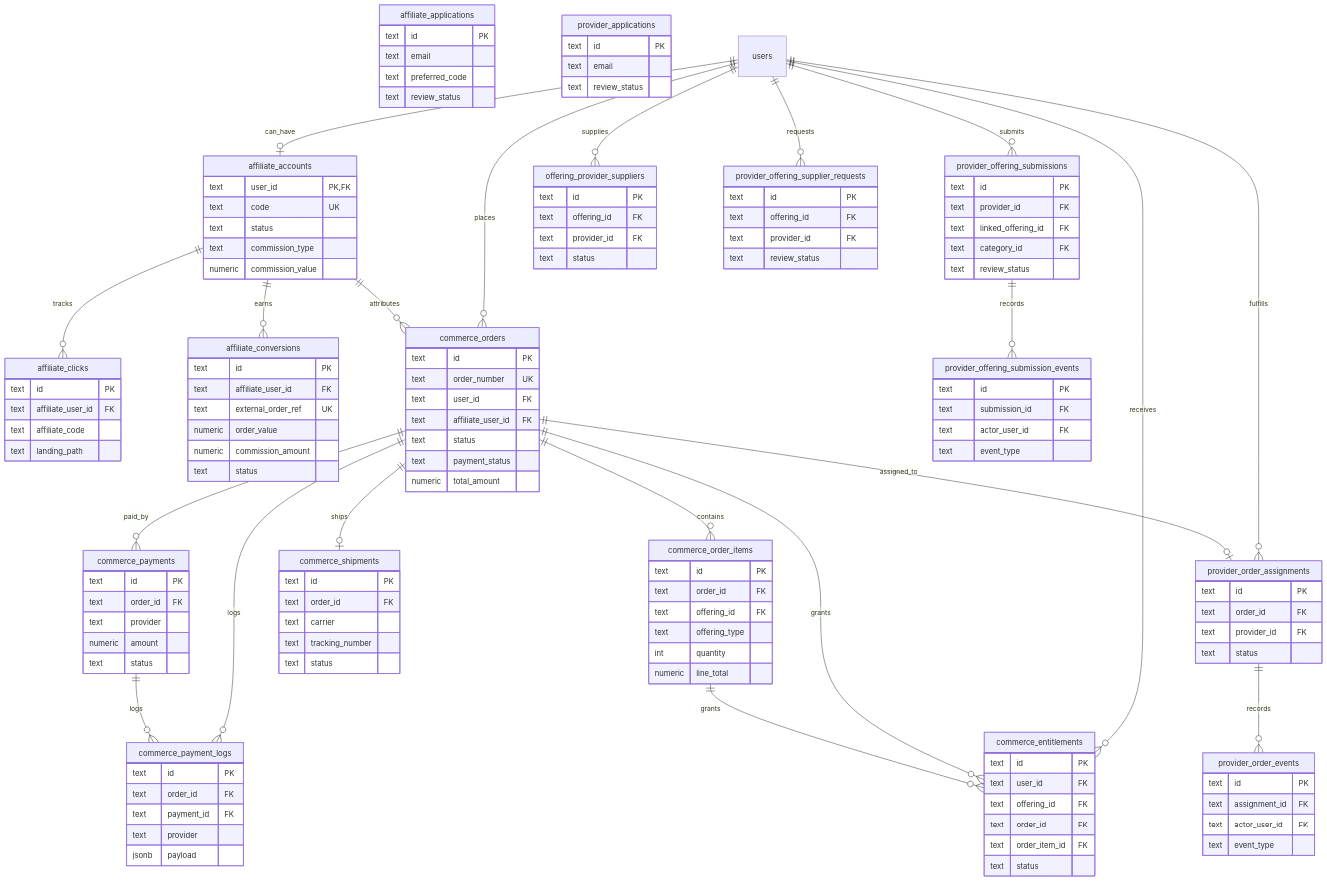
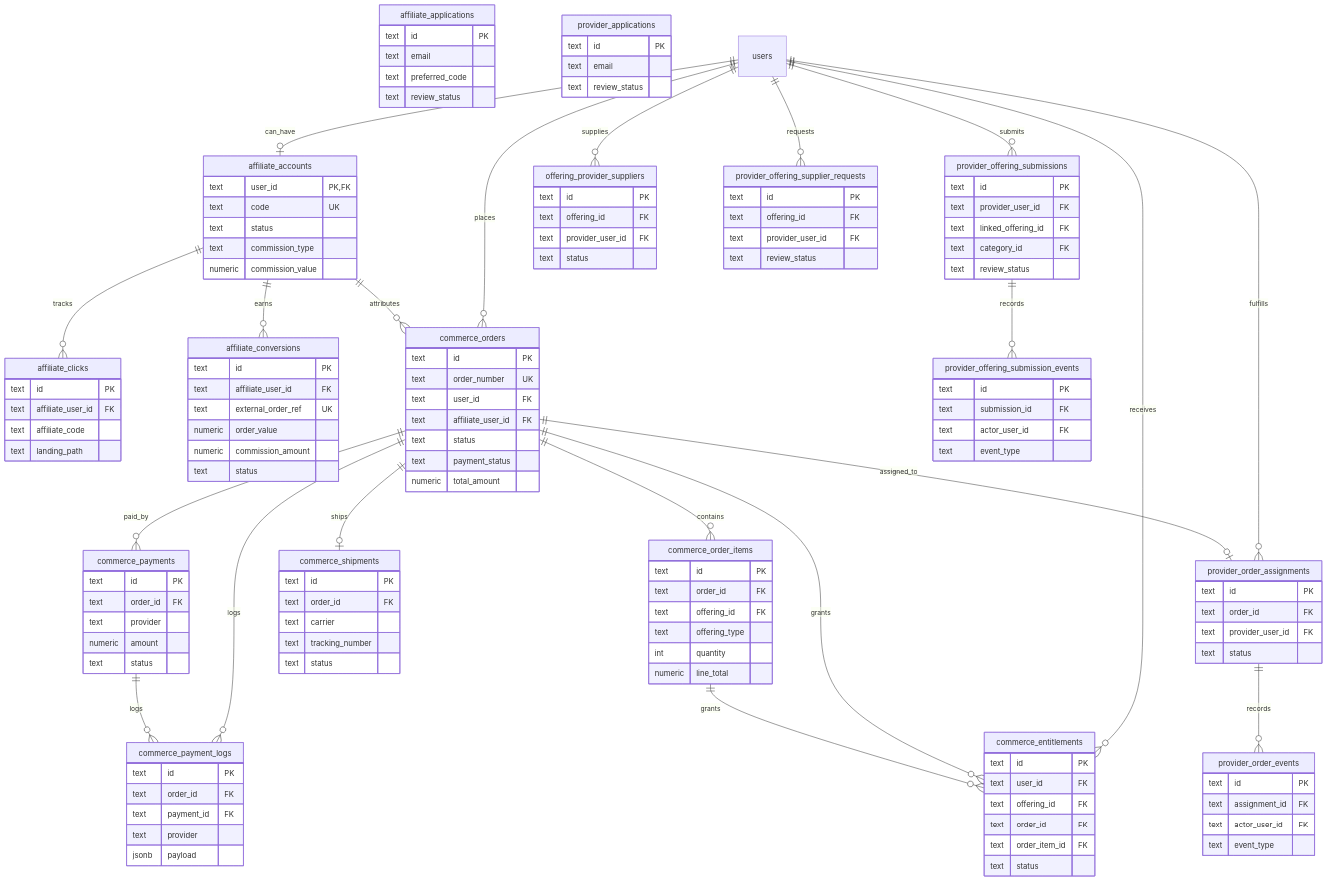
Before and after one commit to hoangpham2263/pinklove: the seventh of 8 diagrams in docs/schema.md, drawn with Mermaid. The commit also changed other lines of this file and 151 other files, not shown here.

```diff
--- a/docs/schema.md
+++ b/docs/schema.md
@@ -829,7 +898,7 @@
   provider_order_assignments {
     text id PK
     text order_id FK
-    text provider_id FK
+    text provider_user_id FK
     text status
   }
 
@@ -842,7 +911,7 @@
 
   provider_offering_submissions {
     text id PK
-    text provider_id FK
+    text provider_user_id FK
     text linked_offering_id FK
     text category_id FK
     text review_status
@@ -858,14 +927,14 @@
   offering_provider_suppliers {
     text id PK
     text offering_id FK
-    text provider_id FK
+    text provider_user_id FK
     text status
   }
 
   provider_offering_supplier_requests {
     text id PK
     text offering_id FK
-    text provider_id FK
+    text provider_user_id FK
     text review_status
   }
 
```
